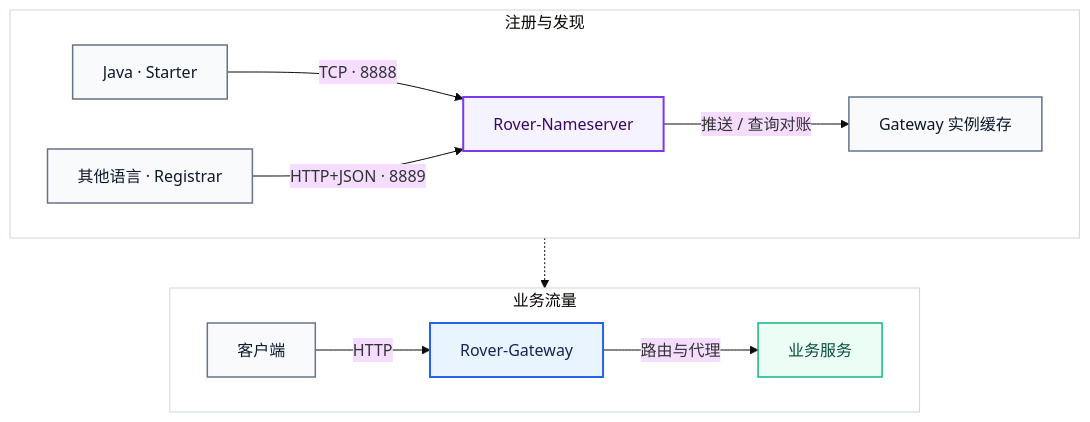
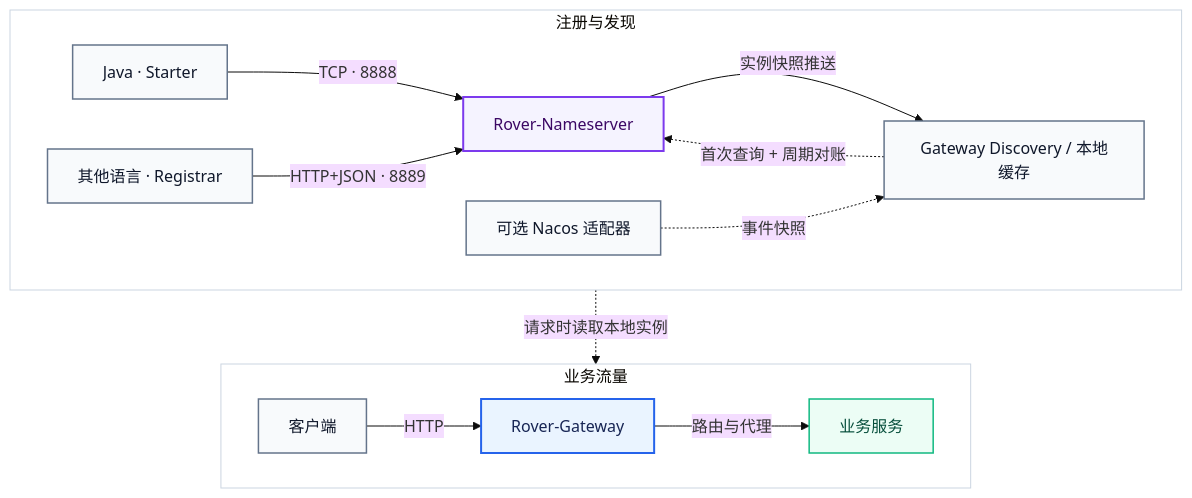
The first of 3 diagrams in docs-public/architecture.zh-CN.md (zzl-qz/Rover-Suite), drawn with Mermaid (base theme) before and after one commit. The commit also changed other lines of this file and 14 other files, not shown here.

````diff
--- a/docs-public/architecture.zh-CN.md
+++ b/docs-public/architecture.zh-CN.md
@@ -53,28 +65,30 @@
 ```mermaid
 flowchart TB
     subgraph Traffic["业务流量"]
         direction LR
         Client["客户端"] -->|"HTTP"| GW["Rover-Gateway"]
         GW -->|"路由与代理"| Service["业务服务"]
     end
 
     subgraph Control["注册与发现"]
         direction LR
         Java["Java · Starter"] -->|"TCP · 8888"| NS["Rover-Nameserver"]
         Other["其他语言 · Registrar"] -->|"HTTP+JSON · 8889"| NS
-        NS -->|"推送 / 查询对账"| Cache["Gateway 实例缓存"]
+        NS -->|"实例快照推送"| Cache["Gateway Discovery / 本地缓存"]
+        Cache -.->|"首次查询 + 周期对账"| NS
+        Nacos["可选 Nacos 适配器"] -.->|"事件快照"| Cache
     end
 
-    Cache -.-> GW
+    Cache -.->|"请求时读取本地实例"| GW
 
     classDef edge fill:#F8FAFC,stroke:#64748B,color:#0F172A,stroke-width:1.5px;
     classDef gateway fill:#EAF4FF,stroke:#2563EB,color:#172554,stroke-width:2px;
     classDef service fill:#ECFDF5,stroke:#10B981,color:#064E3B,stroke-width:1.5px;
     classDef registry fill:#F5F3FF,stroke:#7C3AED,color:#3B0764,stroke-width:2px;
-    class Client,Java,Other,Cache edge;
+    class Client,Java,Other,Cache,Nacos edge;
     class GW gateway;
     class Service service;
     class NS registry;
     style Traffic fill:#FFFFFF,stroke:#CBD5E1,stroke-width:1px;
     style Control fill:#FFFFFF,stroke:#CBD5E1,stroke-width:1px;
 ```
````
